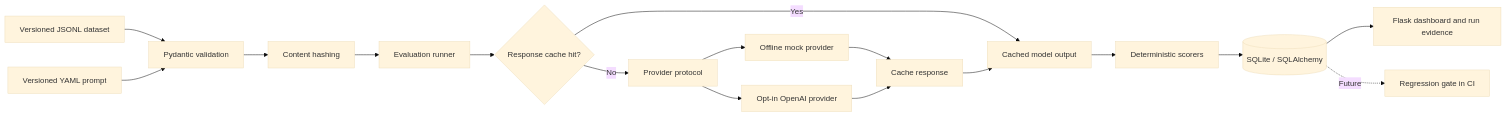
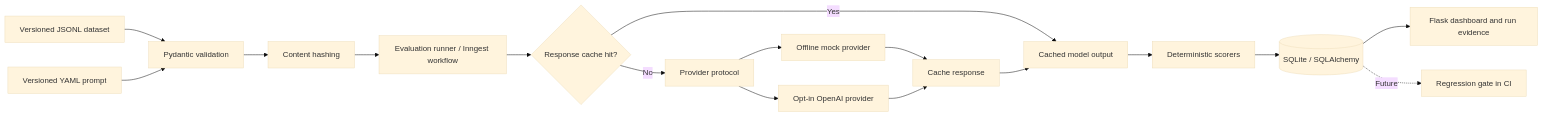
Before and after one commit to Sujay1709/evalbench-ai: the first of 3 diagrams in README.md, drawn with Mermaid (base theme). The commit also changed other lines of this file and 8 other files, not shown here.

````diff
--- a/README.md
+++ b/README.md
@@ -44,19 +44,19 @@
 ```mermaid
 flowchart LR
     D["Versioned JSONL dataset"] --> V["Pydantic validation"]
     P["Versioned YAML prompt"] --> V
     V --> H["Content hashing"]
-    H --> R["Evaluation runner"]
+    H --> R["Evaluation runner / Inngest workflow"]
     R --> C{"Response cache hit?"}
     C -- Yes --> O["Cached model output"]
     C -- No --> S["Provider protocol"]
     S --> M["Offline mock provider"]
     S --> L["Opt-in OpenAI provider"]
     M --> W["Cache response"]
     L --> W
     W --> O
     O --> E["Deterministic scorers"]
     E --> DB[("SQLite / SQLAlchemy")]
     DB --> UI["Flask dashboard and run evidence"]
     DB -. "Future" .-> CI["Regression gate in CI"]
 ```
````
